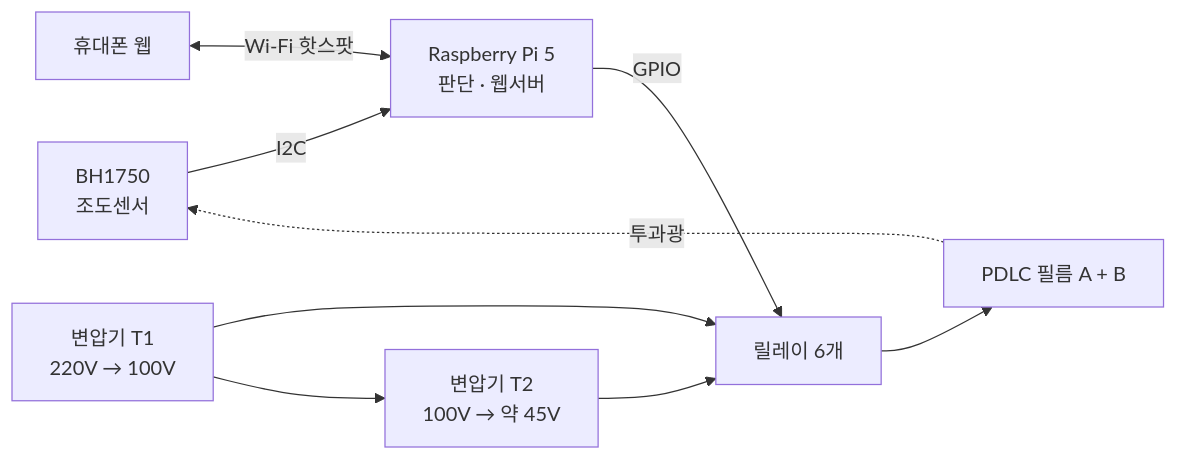
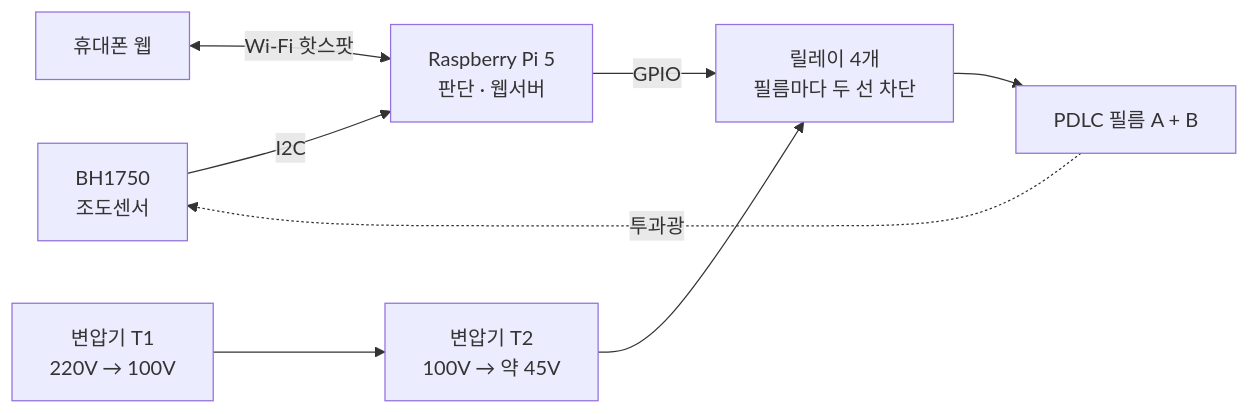
One commit to min-jx-x/microprocessor-capstone changed the first of 3 diagrams in README.md. Above: the diagram before and after it, drawn with Mermaid. The commit also changed other lines of this file and 29 other files, not shown here.

````diff
--- a/README.md
+++ b/README.md
@@ -41,11 +41,10 @@
 ```mermaid
 flowchart LR
     S[BH1750<br/>조도센서] -- I2C --> P[Raspberry Pi 5<br/>판단 · 웹서버]
-    P -- GPIO --> R[릴레이 6개]
+    P -- GPIO --> R[릴레이 4개<br/>필름마다 두 선 차단]
     R --> F[PDLC 필름 A + B]
-    T1[변압기 T1<br/>220V → 100V] --> R
-    T1 --> T2[변압기 T2<br/>100V → 약 45V]
+    T1[변압기 T1<br/>220V → 100V] --> T2[변압기 T2<br/>100V → 약 45V]
     T2 --> R
     F -. 투과광 .-> S
     U[휴대폰 웹] <-- Wi-Fi 핫스팟 --> P
 ```
````
